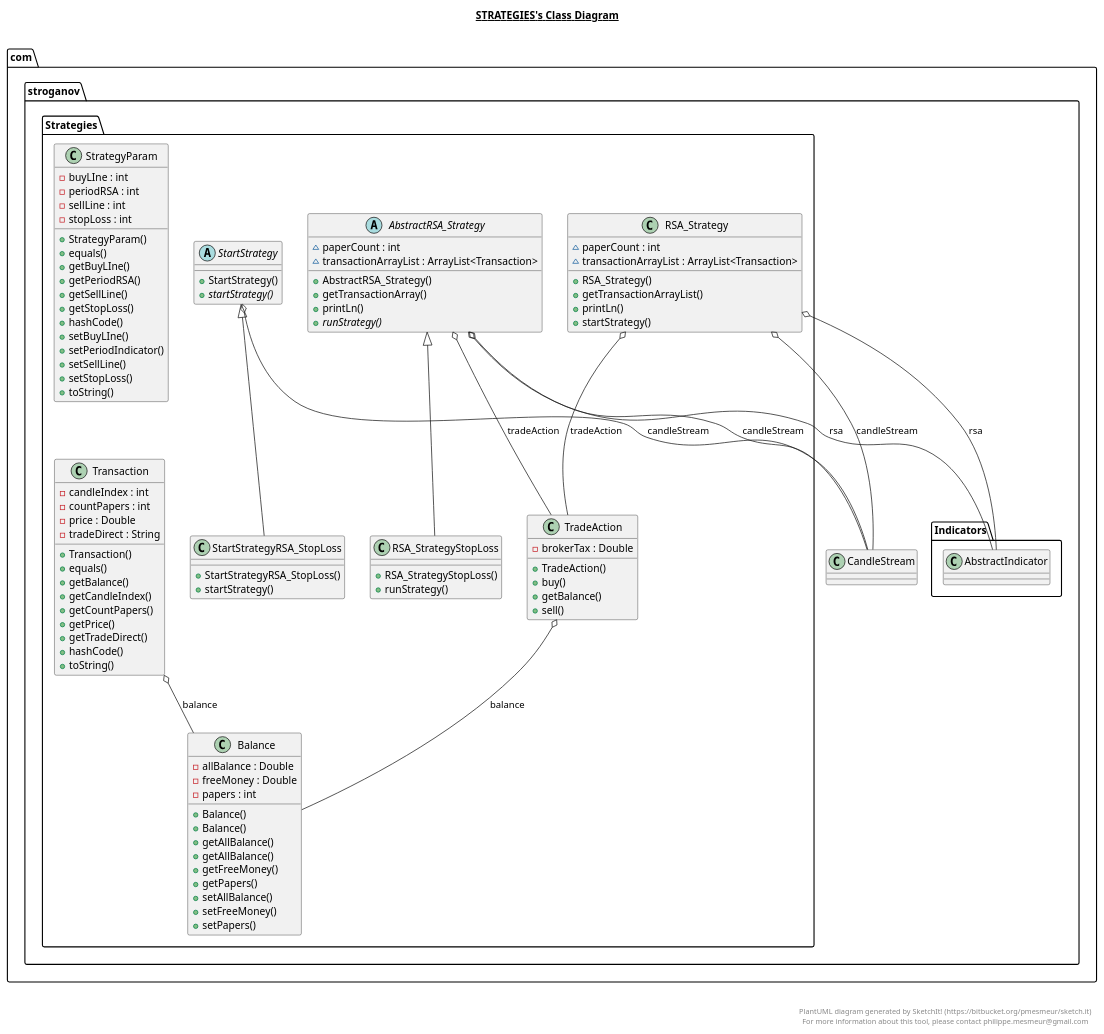
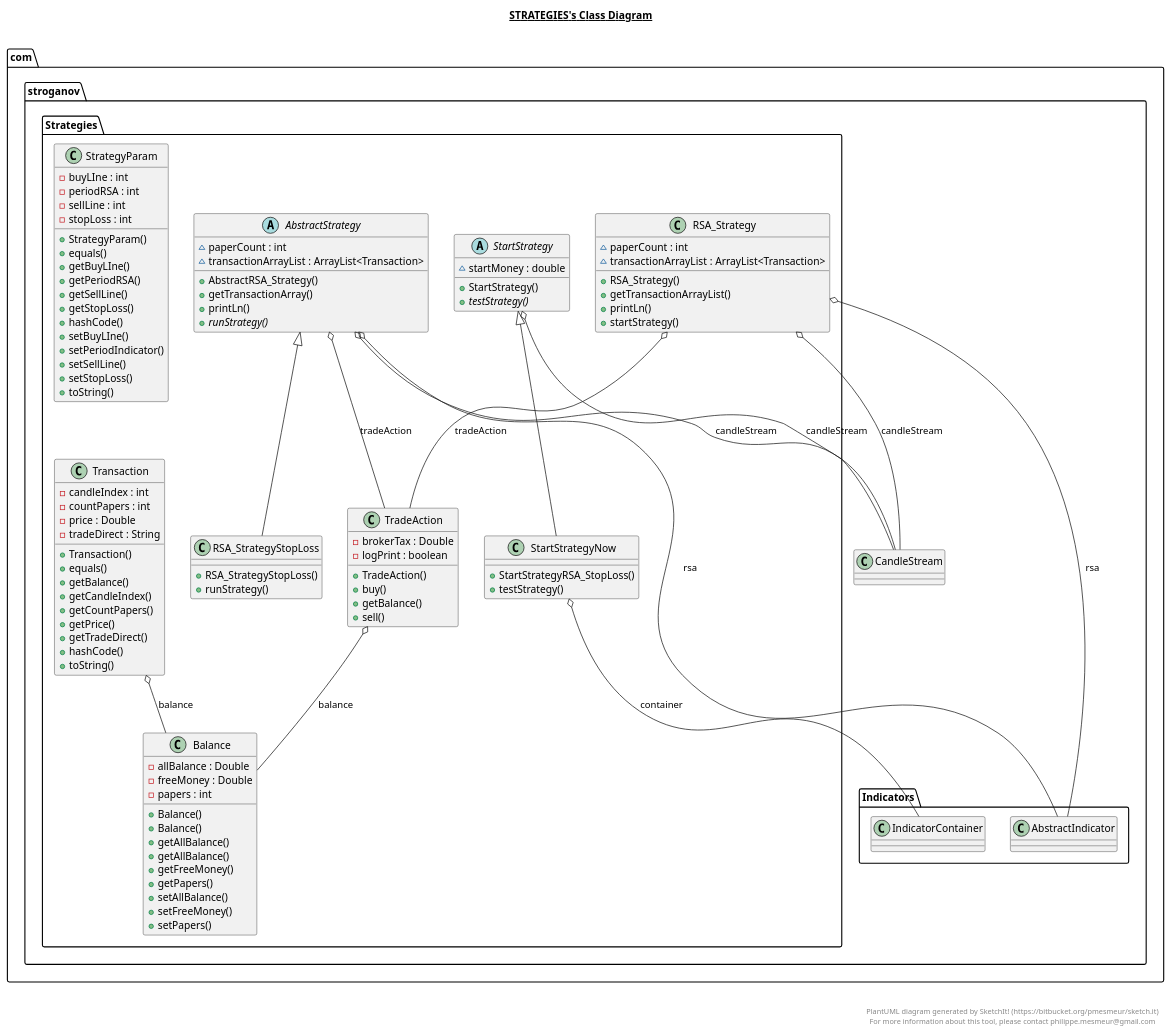
Before and after one commit to SergeyStroganoff/TradeRobot: the diagram in src/main/java/com/stroganov/Strategies/Strategies.plantuml, drawn with PlantUML. The commit also changed 23 other files, not shown here.

Commit message:
Add SMA Strategy, add IndicatorTwo

```diff
--- a/src/main/java/com/stroganov/Strategies/Strategies.plantuml
+++ b/src/main/java/com/stroganov/Strategies/Strategies.plantuml
@@ -1,161 +1,164 @@
 @startuml
 
 title __STRATEGIES's Class Diagram__\n
 
   namespace com.stroganov {
     namespace Strategies {
-      abstract class com.stroganov.Strategies.AbstractRSA_Strategy {
+      abstract class com.stroganov.Strategies.AbstractStrategy {
           ~ paperCount : int
           ~ transactionArrayList : ArrayList<Transaction>
           + AbstractRSA_Strategy()
           + getTransactionArray()
           + printLn()
           {abstract} + runStrategy()
       }
     }
   }
   
 
   namespace com.stroganov {
     namespace Strategies {
       class com.stroganov.Strategies.Balance {
           - allBalance : Double
           - freeMoney : Double
           - papers : int
           + Balance()
           + Balance()
           + getAllBalance()
           + getAllBalance()
           + getFreeMoney()
           + getPapers()
           + setAllBalance()
           + setFreeMoney()
           + setPapers()
       }
     }
   }
   
 
   namespace com.stroganov {
     namespace Strategies {
       class com.stroganov.Strategies.RSA_Strategy {
           ~ paperCount : int
           ~ transactionArrayList : ArrayList<Transaction>
           + RSA_Strategy()
           + getTransactionArrayList()
           + printLn()
           + startStrategy()
       }
     }
   }
   
 
   namespace com.stroganov {
     namespace Strategies {
       class com.stroganov.Strategies.RSA_StrategyStopLoss {
           + RSA_StrategyStopLoss()
           + runStrategy()
       }
     }
   }
   
 
   namespace com.stroganov {
     namespace Strategies {
       abstract class com.stroganov.Strategies.StartStrategy {
+          ~ startMoney : double
           + StartStrategy()
-          {abstract} + startStrategy()
+          {abstract} + testStrategy()
       }
     }
   }
   
 
   namespace com.stroganov {
     namespace Strategies {
-      class com.stroganov.Strategies.StartStrategyRSA_StopLoss {
+      class com.stroganov.Strategies.StartStrategyNow {
           + StartStrategyRSA_StopLoss()
-          + startStrategy()
+          + testStrategy()
       }
     }
   }
   
 
   namespace com.stroganov {
     namespace Strategies {
       class com.stroganov.Strategies.StrategyParam {
           - buyLIne : int
           - periodRSA : int
           - sellLine : int
           - stopLoss : int
           + StrategyParam()
           + equals()
           + getBuyLIne()
           + getPeriodRSA()
           + getSellLine()
           + getStopLoss()
           + hashCode()
           + setBuyLIne()
           + setPeriodIndicator()
           + setSellLine()
           + setStopLoss()
           + toString()
       }
     }
   }
   
 
   namespace com.stroganov {
     namespace Strategies {
       class com.stroganov.Strategies.TradeAction {
           - brokerTax : Double
+          - logPrint : boolean
           + TradeAction()
           + buy()
           + getBalance()
           + sell()
       }
     }
   }
   
 
   namespace com.stroganov {
     namespace Strategies {
       class com.stroganov.Strategies.Transaction {
           - candleIndex : int
           - countPapers : int
           - price : Double
           - tradeDirect : String
           + Transaction()
           + equals()
           + getBalance()
           + getCandleIndex()
           + getCountPapers()
           + getPrice()
           + getTradeDirect()
           + hashCode()
           + toString()
       }
     }
   }
   
 
-  com.stroganov.Strategies.AbstractRSA_Strategy o-- com.stroganov.CandleStream : candleStream
-  com.stroganov.Strategies.AbstractRSA_Strategy o-- com.stroganov.Indicators.AbstractIndicator : rsa
-  com.stroganov.Strategies.AbstractRSA_Strategy o-- com.stroganov.Strategies.TradeAction : tradeAction
+  com.stroganov.Strategies.AbstractStrategy o-- com.stroganov.CandleStream : candleStream
+  com.stroganov.Strategies.AbstractStrategy o-- com.stroganov.Indicators.AbstractIndicator : rsa
+  com.stroganov.Strategies.AbstractStrategy o-- com.stroganov.Strategies.TradeAction : tradeAction
   com.stroganov.Strategies.RSA_Strategy o-- com.stroganov.CandleStream : candleStream
   com.stroganov.Strategies.RSA_Strategy o-- com.stroganov.Indicators.AbstractIndicator : rsa
   com.stroganov.Strategies.RSA_Strategy o-- com.stroganov.Strategies.TradeAction : tradeAction
-  com.stroganov.Strategies.RSA_StrategyStopLoss -up-|> com.stroganov.Strategies.AbstractRSA_Strategy
+  com.stroganov.Strategies.RSA_StrategyStopLoss -up-|> com.stroganov.Strategies.AbstractStrategy
   com.stroganov.Strategies.StartStrategy o-- com.stroganov.CandleStream : candleStream
-  com.stroganov.Strategies.StartStrategyRSA_StopLoss -up-|> com.stroganov.Strategies.StartStrategy
+  com.stroganov.Strategies.StartStrategyNow -up-|> com.stroganov.Strategies.StartStrategy
+  com.stroganov.Strategies.StartStrategyNow o-- com.stroganov.Indicators.IndicatorContainer : container
   com.stroganov.Strategies.TradeAction o-- com.stroganov.Strategies.Balance : balance
   com.stroganov.Strategies.Transaction o-- com.stroganov.Strategies.Balance : balance
 
 
 right footer
 
 
 PlantUML diagram generated by SketchIt! (https://bitbucket.org/pmesmeur/sketch.it)
 For more information about this tool, please contact philippe.mesmeur@gmail.com
 endfooter
 
 @enduml
```
